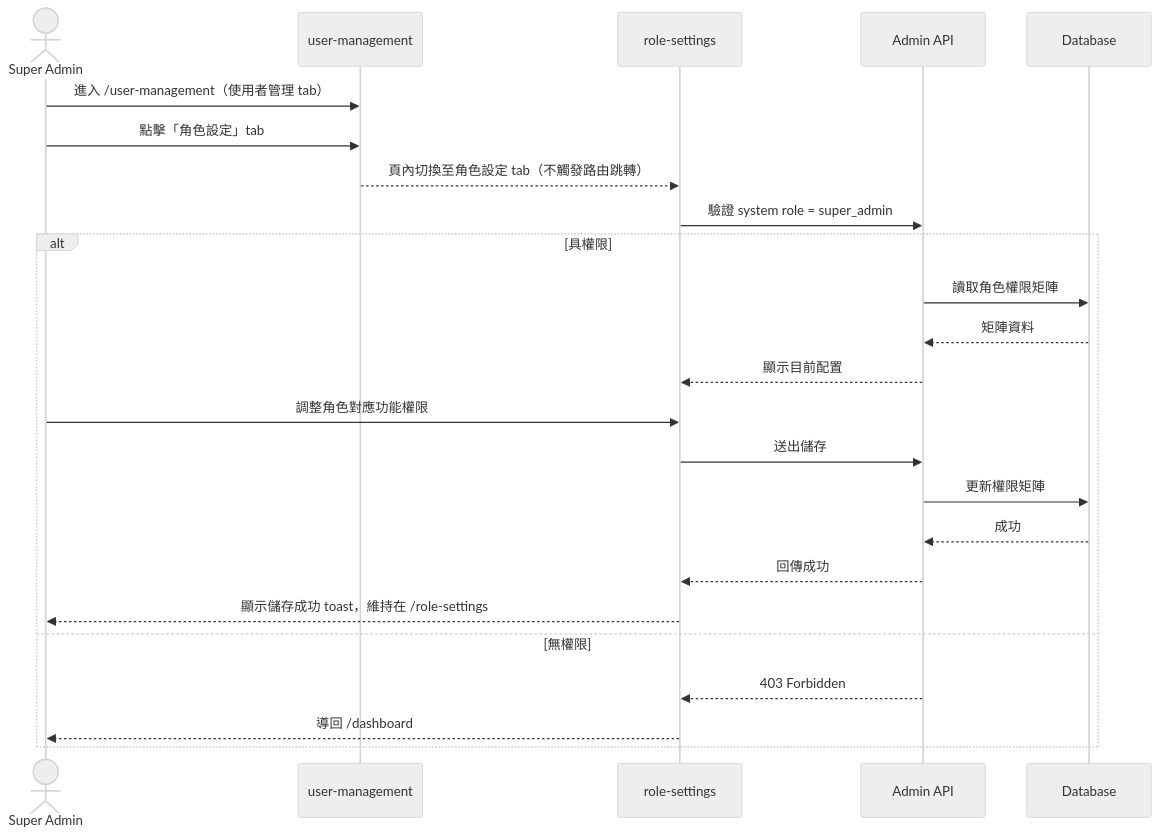
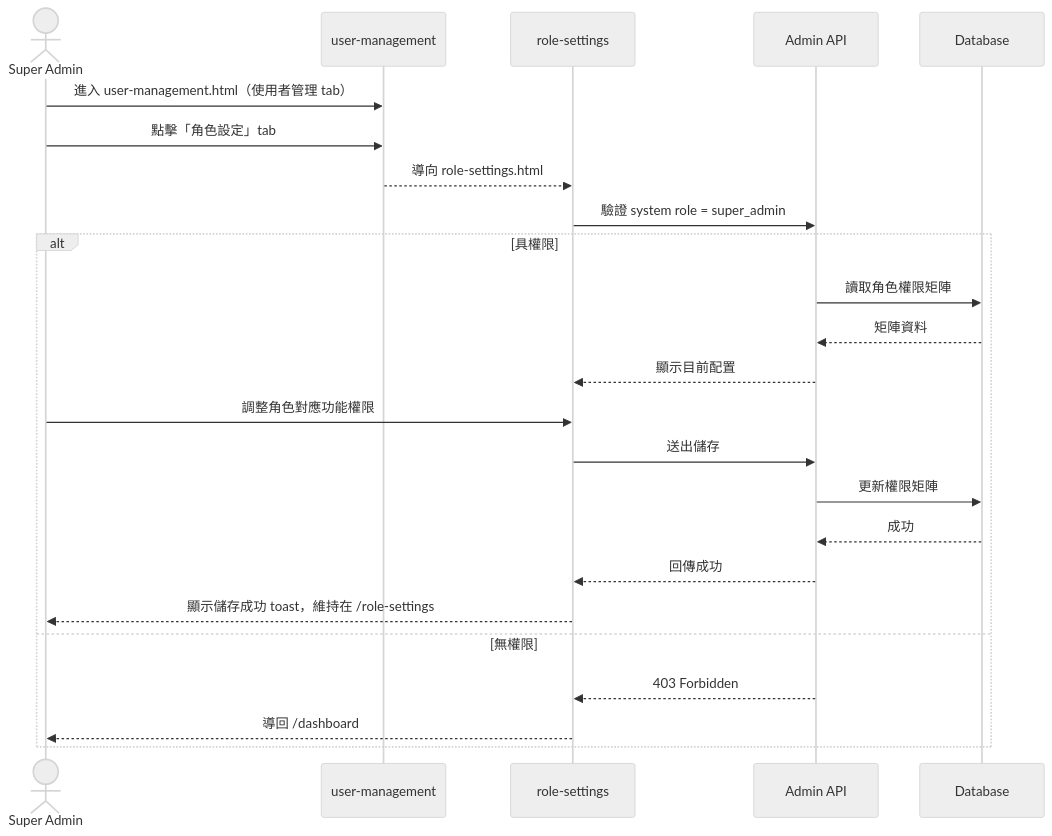
One commit to singyichen/label-suite changed the first of 2 diagrams in specs/admin/007-role-settings/spec.md. Above: the diagram before and after it, drawn with Mermaid (neutral theme). The commit also changed other lines of this file and 5 other files, not shown here.

````diff
--- a/specs/admin/007-role-settings/spec.md
+++ b/specs/admin/007-role-settings/spec.md
@@ -19,28 +19,28 @@
 ```mermaid
 sequenceDiagram
     actor SA as Super Admin
     participant UM as user-management
     participant RS as role-settings
     participant API as Admin API
     participant DB as Database
 
-    SA->>UM: 進入 /user-management（使用者管理 tab）
+    SA->>UM: 進入 user-management.html（使用者管理 tab）
     SA->>UM: 點擊「角色設定」tab
-    UM-->>RS: 頁內切換至角色設定 tab（不觸發路由跳轉）
+    UM-->>RS: 導向 role-settings.html
     RS->>API: 驗證 system role = super_admin
 
     alt 具權限
         API->>DB: 讀取角色權限矩陣
         DB-->>API: 矩陣資料
         API-->>RS: 顯示目前配置
         SA->>RS: 調整角色對應功能權限
         RS->>API: 送出儲存
         API->>DB: 更新權限矩陣
         DB-->>API: 成功
         API-->>RS: 回傳成功
         RS-->>SA: 顯示儲存成功 toast，維持在 /role-settings
     else 無權限
         API-->>RS: 403 Forbidden
         RS-->>SA: 導回 /dashboard
     end
 ```
````
